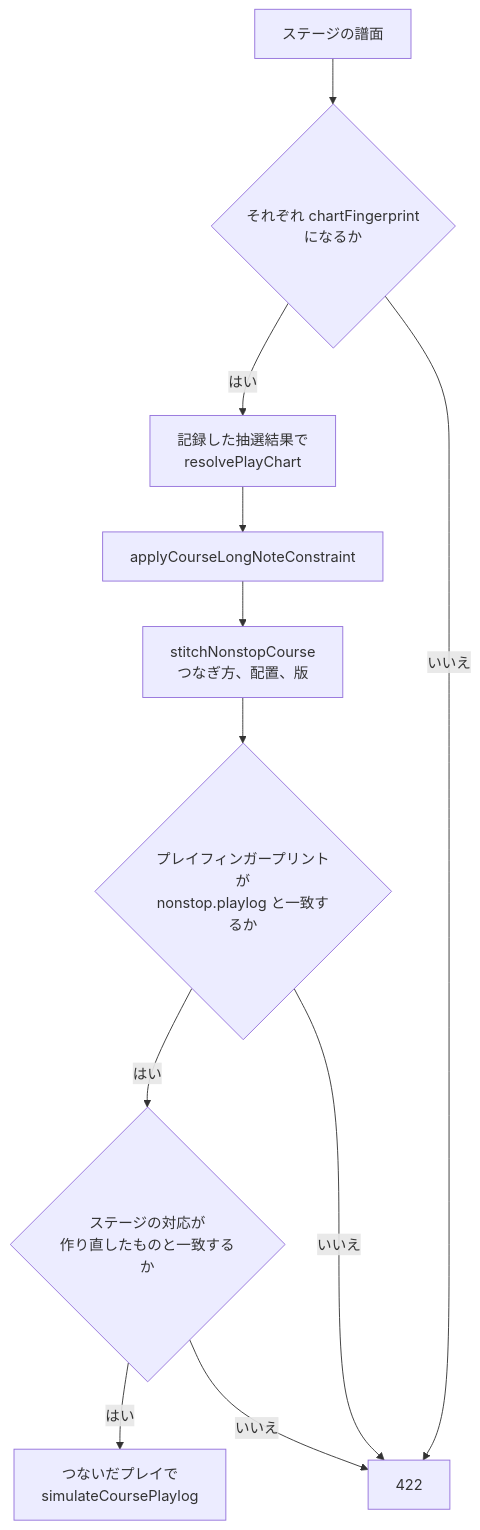
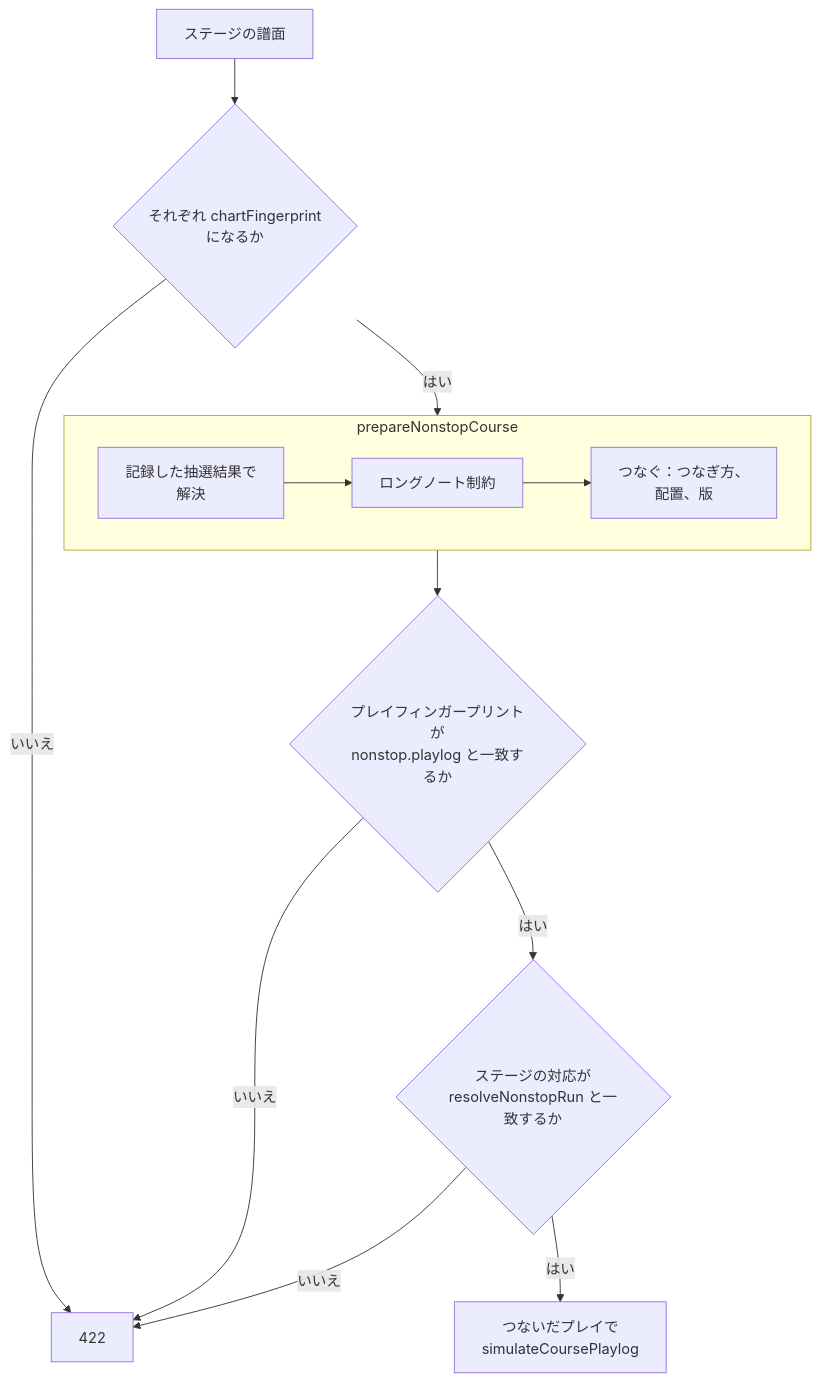
One commit to nulltask/be-music changed the third of 3 diagrams in docs/leaderboard.ja.md. Above: the diagram before and after it, drawn with Mermaid. The commit also changed other lines of this file and 3 other files, not shown here.

````diff
--- a/docs/leaderboard.ja.md
+++ b/docs/leaderboard.ja.md
@@ -343,13 +344,15 @@
 ```mermaid
 flowchart TD
   charts["ステージの譜面"] --> fp{"それぞれ chartFingerprint<br/>になるか"}
-  fp -->|はい| resolve["記録した抽選結果で<br/>resolvePlayChart"]
-  resolve --> ln["applyCourseLongNoteConstraint"]
-  ln --> stitch["stitchNonstopCourse<br/>つなぎ方、配置、版"]
-  stitch --> same{"プレイフィンガープリントが<br/>nonstop.playlog と一致するか"}
-  same -->|はい| map{"ステージの対応が<br/>作り直したものと一致するか"}
+  fp -->|はい| prepare
+  subgraph prepare["prepareNonstopCourse"]
+    resolve["記録した抽選結果で<br/>解決"] --> ln["ロングノート制約"]
+    ln --> stitch["つなぐ：つなぎ方、<br/>配置、版"]
+  end
+  prepare --> same{"プレイフィンガープリントが<br/>nonstop.playlog と一致するか"}
+  same -->|はい| map{"ステージの対応が<br/>resolveNonstopRun と一致するか"}
   map -->|はい| sim["つないだプレイで<br/>simulateCoursePlaylog"]
   fp -->|いいえ| refuse["422"]
   same -->|いいえ| refuse
   map -->|いいえ| refuse
 ```
````
